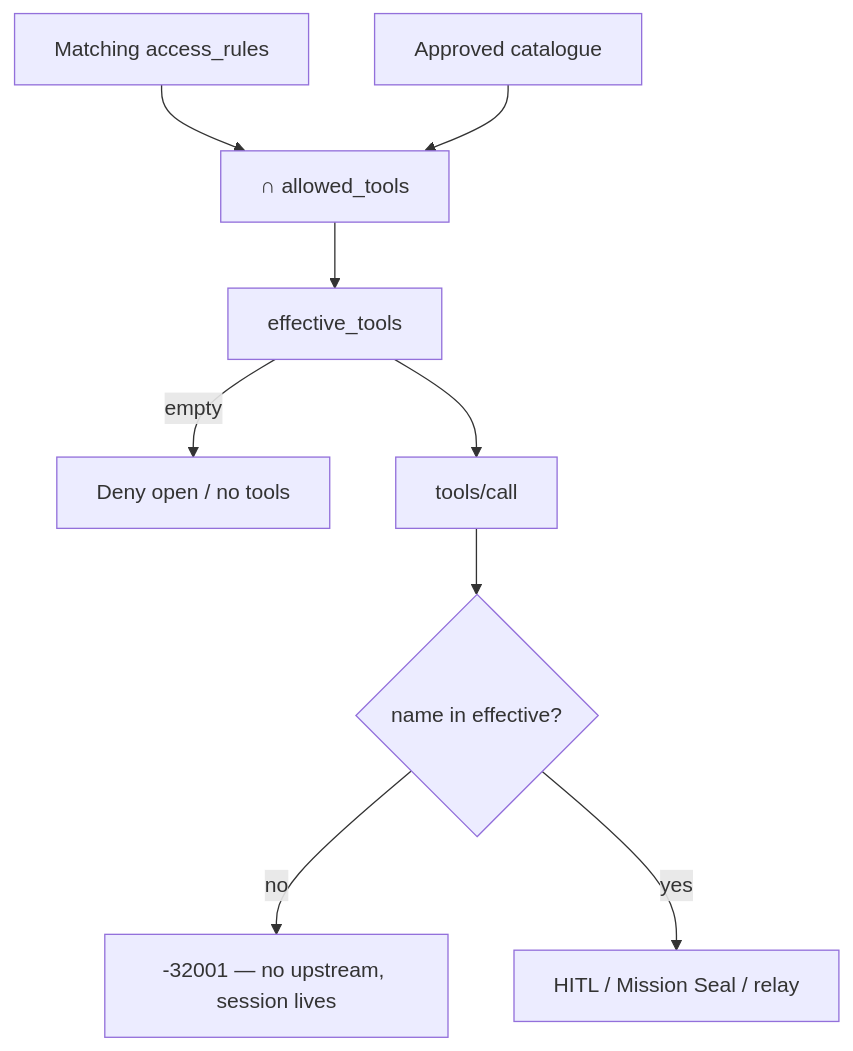
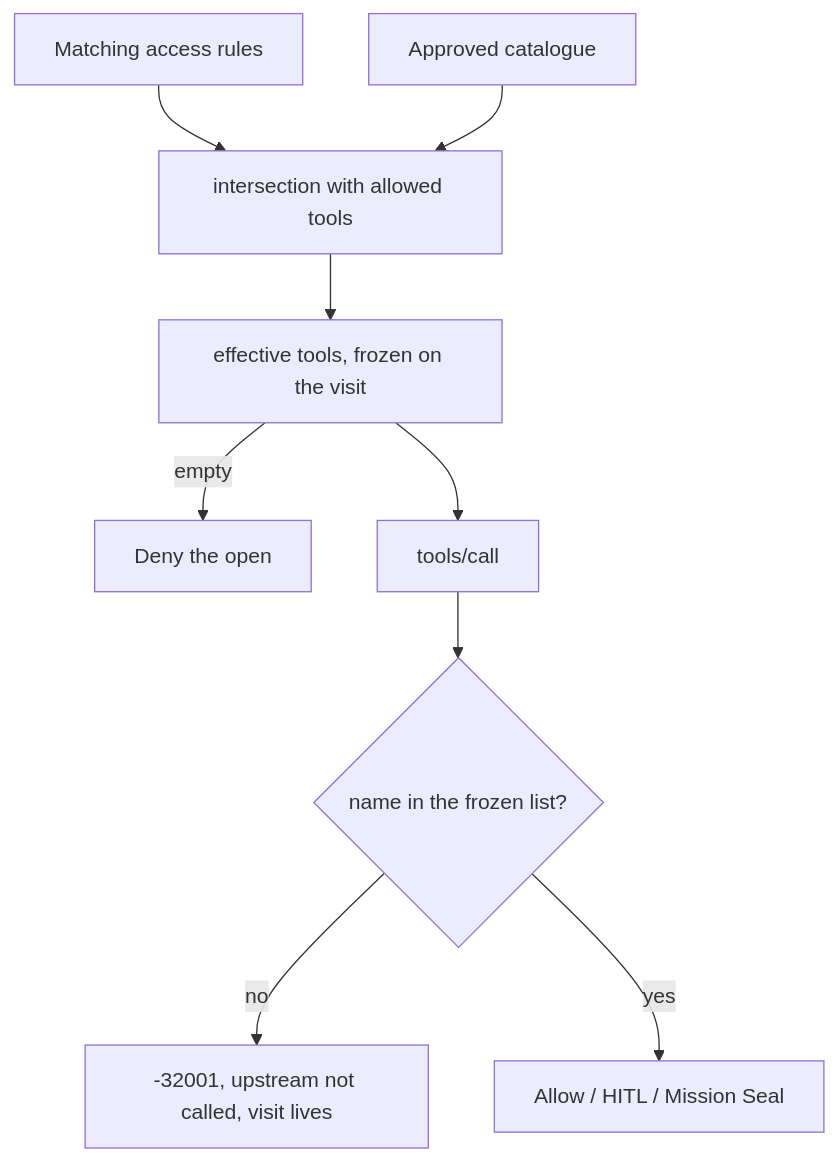
One commit to rbenaley/Vauban changed the fourth of 8 diagrams in docs/technical/Vauban_MCP_Architecture_EN(1.0).md. Above: the diagram before and after it, drawn with Mermaid. The commit also changed other lines of this file and 5 other files, not shown here.

````diff
--- a/docs/technical/Vauban_MCP_Architecture_EN(1.0).md
+++ b/docs/technical/Vauban_MCP_Architecture_EN(1.0).md
@@ -112,11 +348,11 @@
 ```mermaid
 flowchart TD
-  Rules[Matching access_rules] --> Inter["∩ allowed_tools"]
-  Cat[Approved catalogue] --> Inter
-  Inter --> Eff[effective_tools]
-  Eff -->|empty| Deny[Deny open / no tools]
-  Eff --> Call[tools/call]
-  Call --> In{name in effective?}
-  In -->|no| C32001["-32001 — no upstream, session lives"]
-  In -->|yes| Next[HITL / Mission Seal / relay]
+  Rules["Matching access rules"] --> Inter["intersection with allowed tools"]
+  Cat["Approved catalogue"] --> Inter
+  Inter --> Eff["effective tools, frozen on the visit"]
+  Eff -->|"empty"| Deny["Deny the open"]
+  Eff --> Call["tools/call"]
+  Call --> In{"name in the frozen list?"}
+  In -->|"no"| E1["-32001, upstream not called, visit lives"]
+  In -->|"yes"| Next["Allow / HITL / Mission Seal"]
 ```
````
